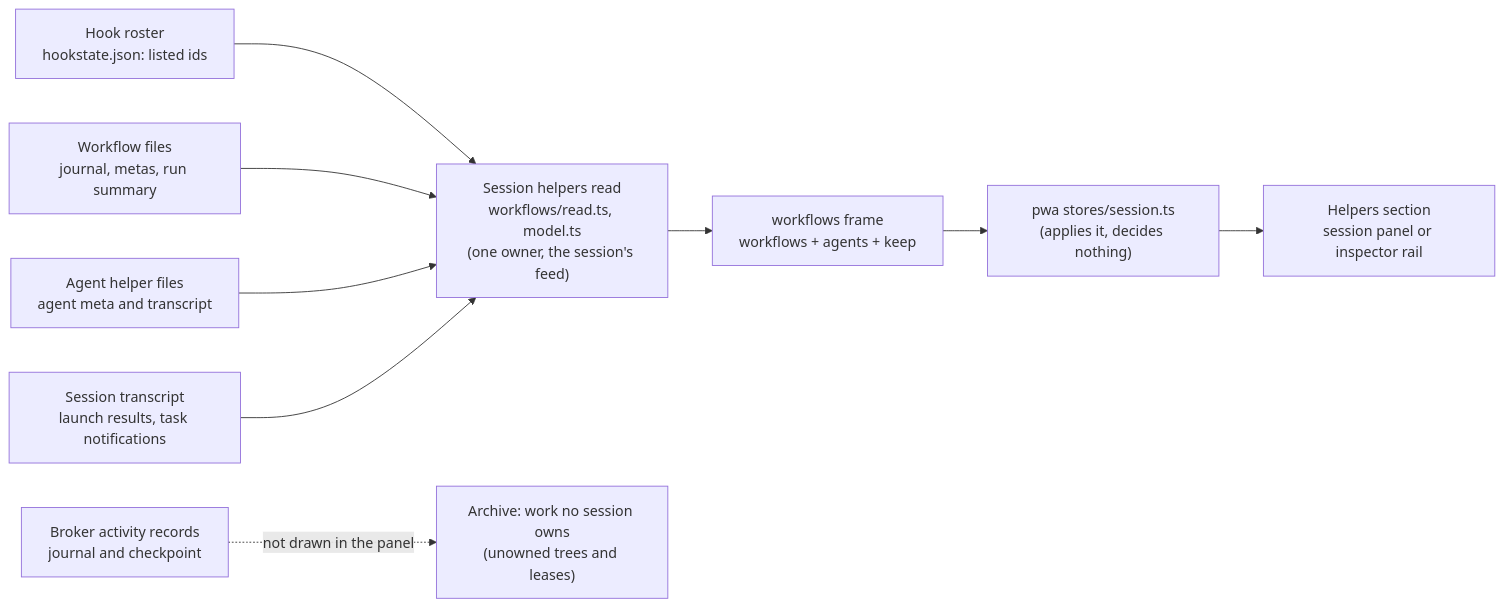
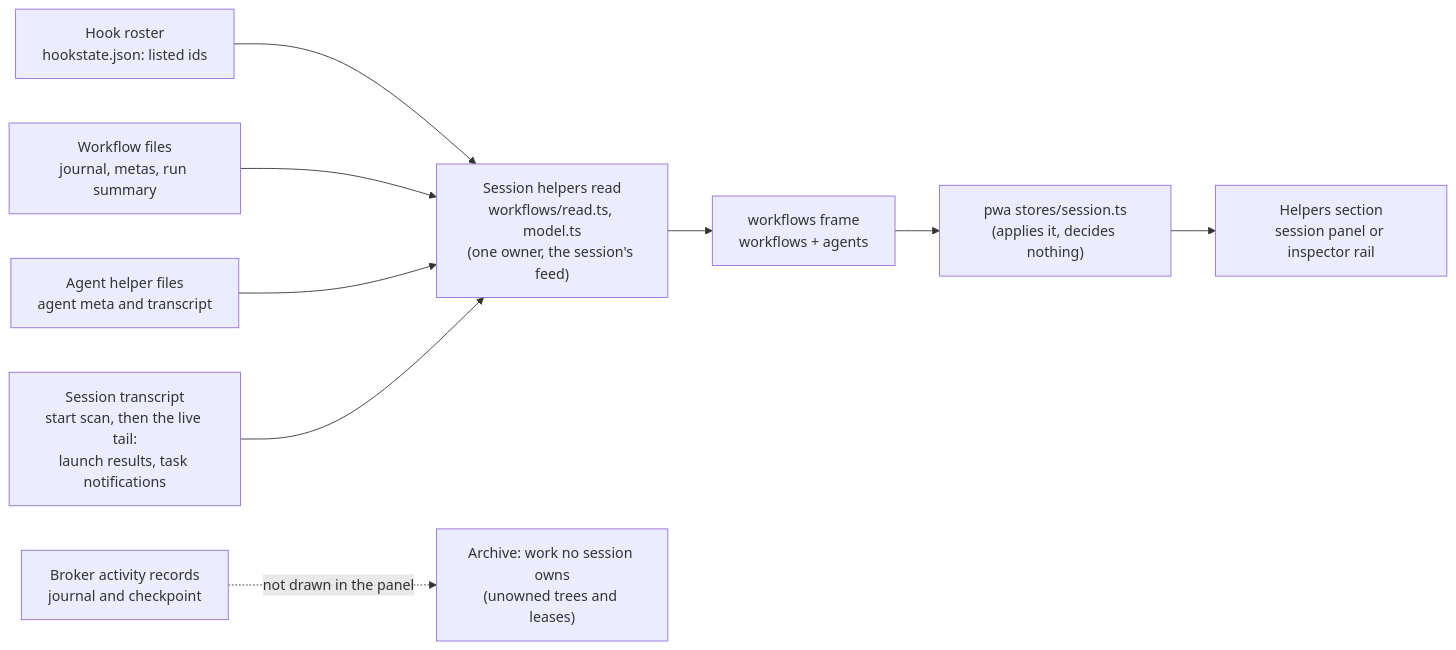
One commit to Synapsium-Labs/ccrc-pwa changed the first of 4 diagrams in docs/superpowers/specs/2026-11-19-session-helpers-design.md. Above: the diagram before and after it, drawn with Mermaid. The commit also changed other lines of this file and 6 other files, not shown here.

First line of the commit message:
docs(spec): C49 fix round 2 — the panel as main draws it, the start scan, every finding (review 2888)

````diff
--- a/docs/superpowers/specs/2026-11-19-session-helpers-design.md
+++ b/docs/superpowers/specs/2026-11-19-session-helpers-design.md
@@ -130,11 +121,11 @@
 ```mermaid
 flowchart LR
   H["Hook roster<br/>hookstate.json: listed ids"] --> R
   W["Workflow files<br/>journal, metas, run summary"] --> R
   A["Agent helper files<br/>agent meta and transcript"] --> R
-  T["Session transcript<br/>launch results, task notifications"] --> R
-  R["Session helpers read<br/>workflows/read.ts, model.ts<br/>(one owner, the session's feed)"] --> F["workflows frame<br/>workflows + agents + keep"]
+  T["Session transcript<br/>start scan, then the live tail:<br/>launch results, task notifications"] --> R
+  R["Session helpers read<br/>workflows/read.ts, model.ts<br/>(one owner, the session's feed)"] --> F["workflows frame<br/>workflows + agents"]
   F --> S["pwa stores/session.ts<br/>(applies it, decides nothing)"]
   S --> P["Helpers section<br/>session panel or inspector rail"]
   B["Broker activity records<br/>journal and checkpoint"] -.->|"not drawn in the panel"| X["Archive: work no session owns<br/>(unowned trees and leases)"]
 ```
````
